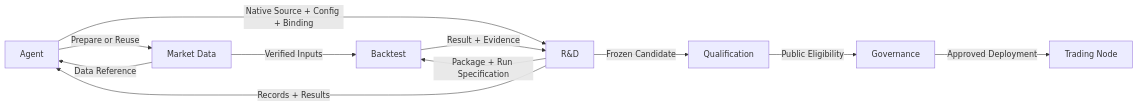
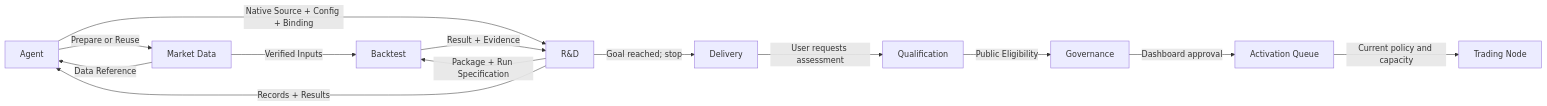
One commit to qOeOp/trade changed the diagram in docs/architecture/strategy-factory.md. Above: the diagram before and after it, drawn with Mermaid. The commit also changed other lines of this file and 57 other files, not shown here.

Commit message:
docs(architecture): align unified blueprint with native Nautilus capabilities

````diff
--- a/docs/architecture/strategy-factory.md
+++ b/docs/architecture/strategy-factory.md
@@ -17,13 +17,15 @@
 ```mermaid
 flowchart LR
     A["Agent"] -->|"Prepare or Reuse"| M["Market Data"]
     M -->|"Data Reference"| A
     A -->|"Native Source + Config + Binding"| R["R&D"]
     R -->|"Package + Run Specification"| B["Backtest"]
     M -->|"Verified Inputs"| B
     B -->|"Result + Evidence"| R
     R -->|"Records + Results"| A
-    R -->|"Frozen Candidate"| Q["Qualification"]
+    R -->|"Goal reached; stop"| D["Delivery"]
+    D -->|"User requests assessment"| Q["Qualification"]
     Q -->|"Public Eligibility"| G["Governance"]
-    G -->|"Approved Deployment"| N["Trading Node"]
+    G -->|"Dashboard approval"| K["Activation Queue"]
+    K -->|"Current policy and capacity"| N["Trading Node"]
 ```
````
